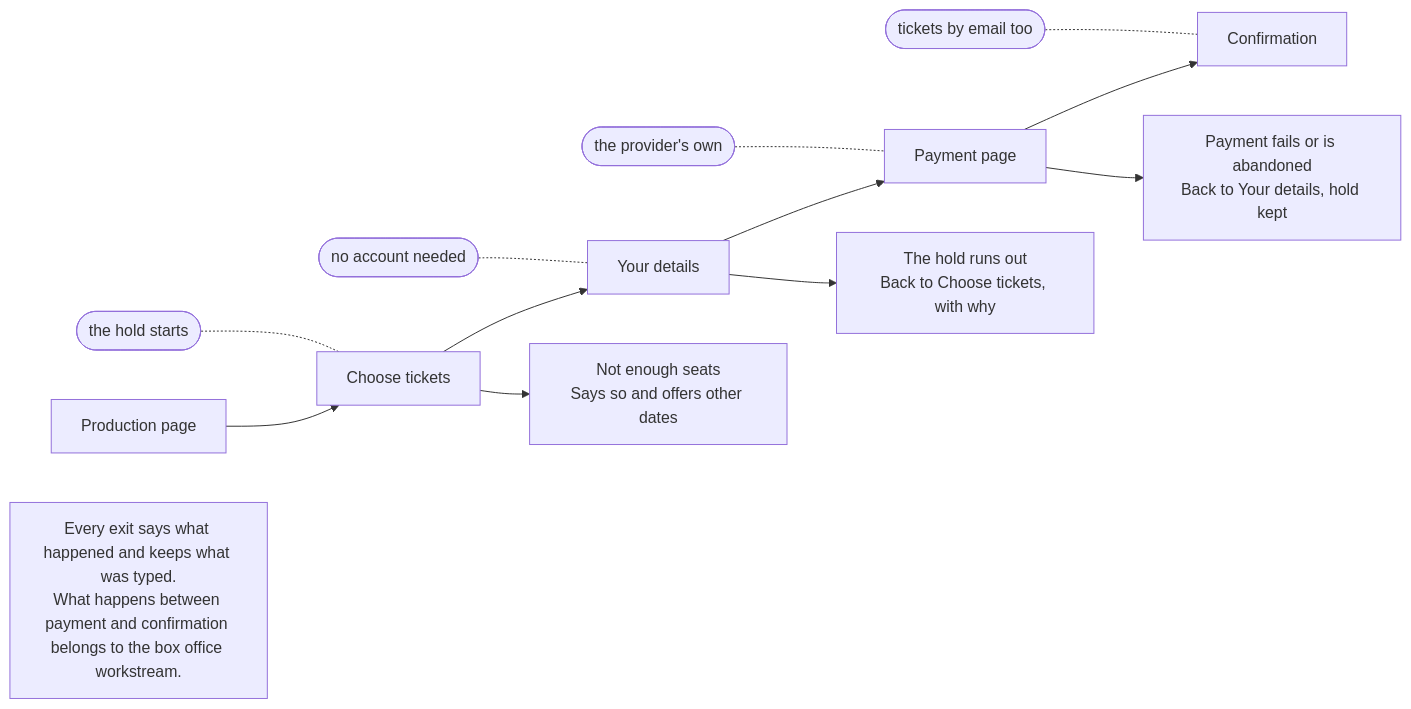
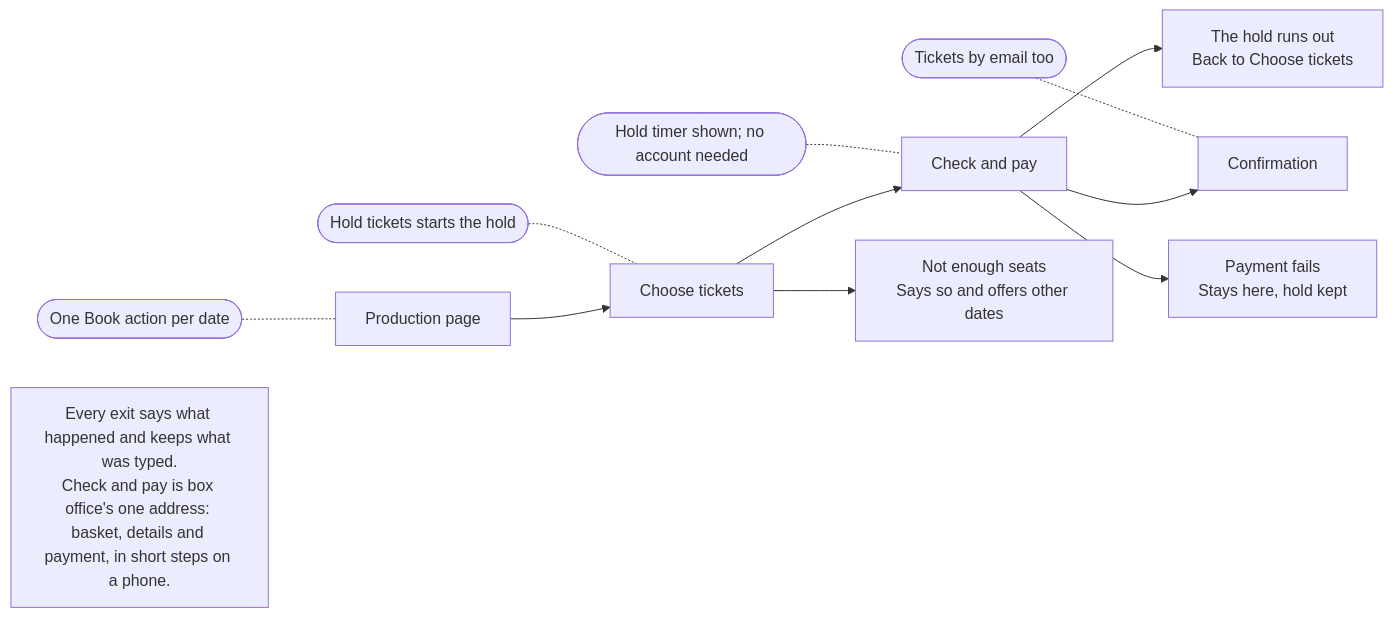
One commit to newtheatre/proscenium changed the diagram in docs/specs/interface-and-wireframes/05-3-key-journeys.md. Above: the diagram before and after it, drawn with Mermaid. The commit also changed other lines of this file and 103 other files, not shown here.

````diff
--- a/docs/specs/interface-and-wireframes/05-3-key-journeys.md
+++ b/docs/specs/interface-and-wireframes/05-3-key-journeys.md
@@ -24,12 +24,12 @@
 ```mermaid
 flowchart LR
-    s1["Production page"] --> s2["Choose tickets"] --> s3["Your details"] --> s4["Payment page"] --> s5["Confirmation"]
-    s2n(["the hold starts"]) -.- s2
-    s3n(["no account needed"]) -.- s3
-    s4n(["the provider's own"]) -.- s4
-    s5n(["tickets by email too"]) -.- s5
+    s1["Production page"] --> s2["Choose tickets"] --> s3["Check and pay"] --> s5["Confirmation"]
+    s1n(["One Book action per date"]) -.- s1
+    s2n(["Hold tickets starts the hold"]) -.- s2
+    s3n(["Hold timer shown; no account needed"]) -.- s3
+    s5n(["Tickets by email too"]) -.- s5
     s2 --> x1["Not enough seats<br/>Says so and offers other dates"]
-    s3 --> x2["The hold runs out<br/>Back to Choose tickets, with why"]
-    s4 --> x3["Payment fails or is abandoned<br/>Back to Your details, hold kept"]
-    n1["Every exit says what happened and keeps what was typed.<br/>What happens between payment and confirmation belongs to the box office workstream."]
+    s3 --> x2["The hold runs out<br/>Back to Choose tickets"]
+    s3 --> x3["Payment fails<br/>Stays here, hold kept"]
+    n1["Every exit says what happened and keeps what was typed.<br/>Check and pay is box office's one address: basket, details and payment, in short steps on a phone."]
 ```
````
